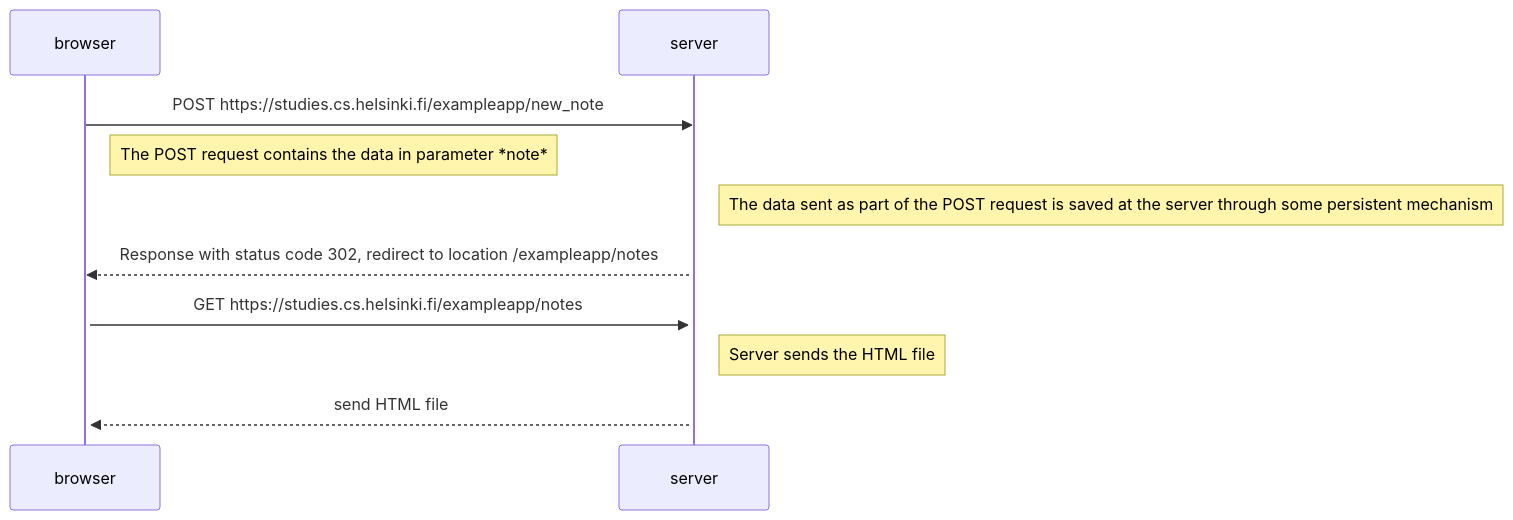
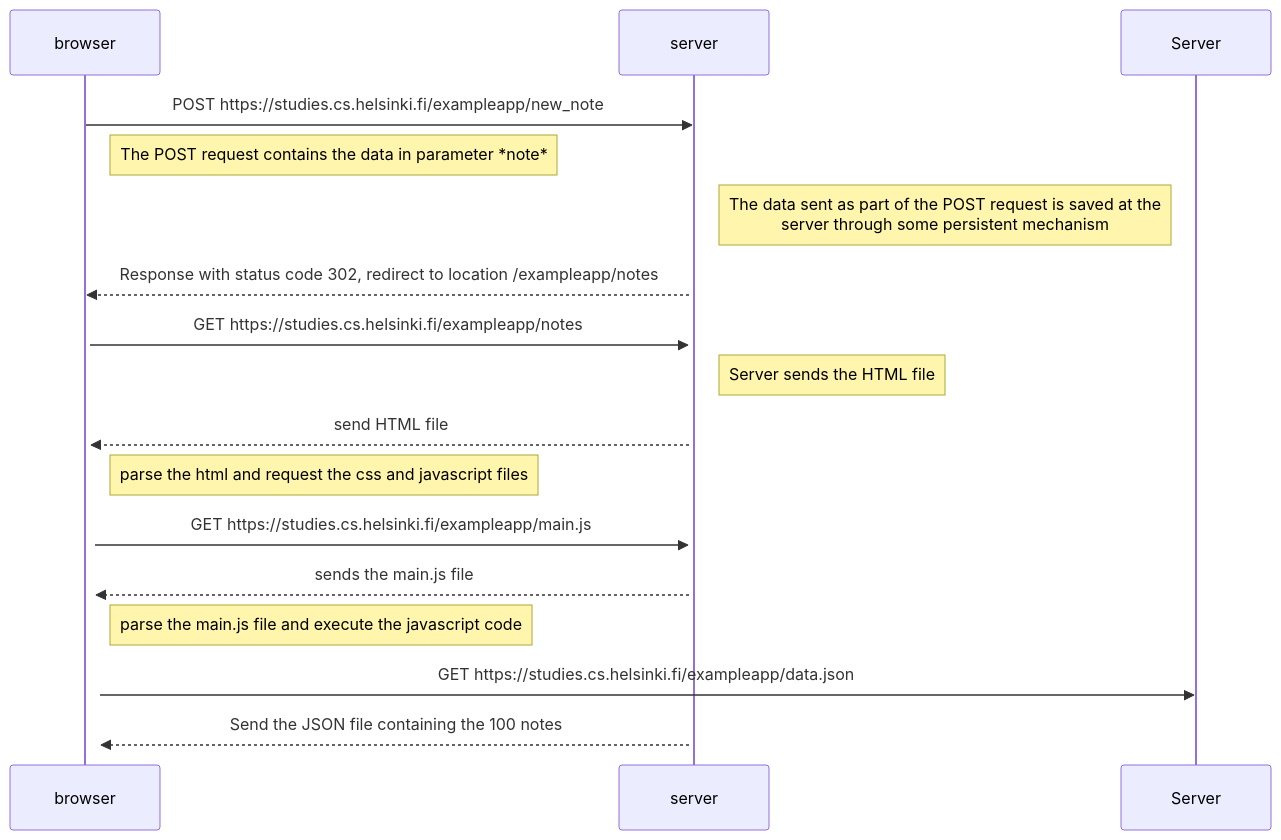
One commit to quarkgluons/fullstackopen changed the diagram in part0/0.4/note_diagram.md. Above: the diagram before and after it, drawn with Mermaid. The commit also changed 1 other file, not shown here.

Commit message:
0.5 exercise attempt

````diff
--- a/part0/0.4/note_diagram.md
+++ b/part0/0.4/note_diagram.md
@@ -1,18 +1,27 @@
 ```mermaid
 sequenceDiagram
     participant browser
     participant server
     
     browser->>server: POST https://studies.cs.helsinki.fi/exampleapp/new_note
     Note right of browser: The POST request contains the data in parameter *note*
     activate server
-    Note right of server: The data sent as part of the POST request is saved at the server through some persistent mechanism
+    Note right of server: The data sent as part of the POST request is saved at the <br/> server through some persistent mechanism
     server-->>browser: Response with status code 302, redirect to location /exampleapp/notes 
     activate browser
     browser->>server: GET https://studies.cs.helsinki.fi/exampleapp/notes
     activate server
     Note right of server: Server sends the HTML file
     server-->>browser: send HTML file
     activate browser
+    Note right of browser: parse the html and request the css and javascript files
+    browser->>server: GET https://studies.cs.helsinki.fi/exampleapp/main.js
+    activate server
+    server-->>browser: sends the main.js file
+    activate browser
+    Note right of browser: parse the main.js file and execute the javascript code
+    browser->>Server: GET https://studies.cs.helsinki.fi/exampleapp/data.json
+    activate server
+    server-->>browser: Send the JSON file containing the 100 notes
     
 ```
````
